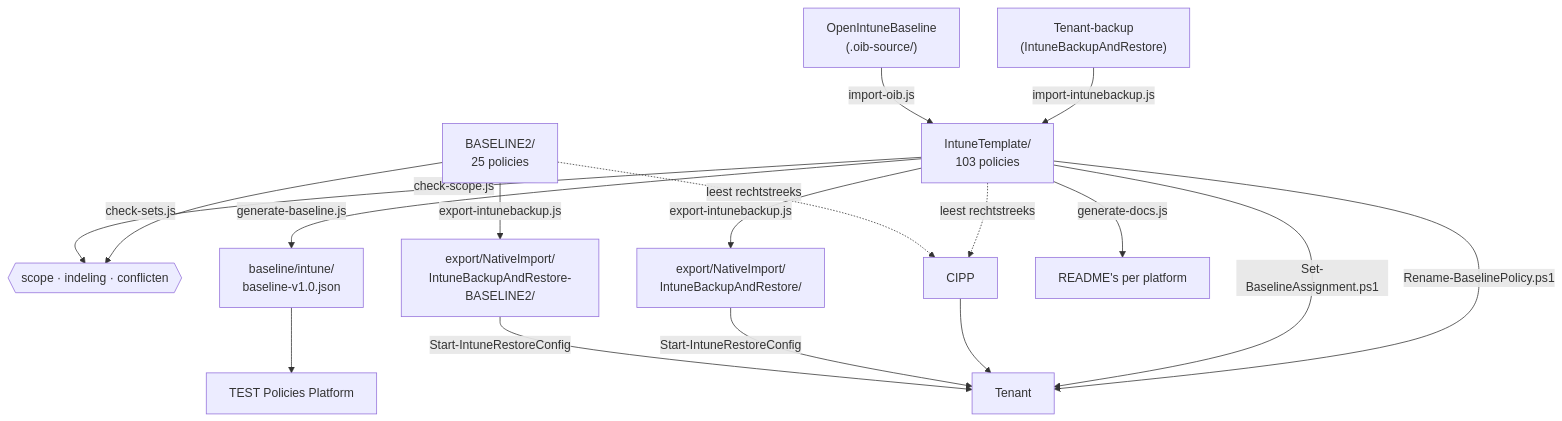
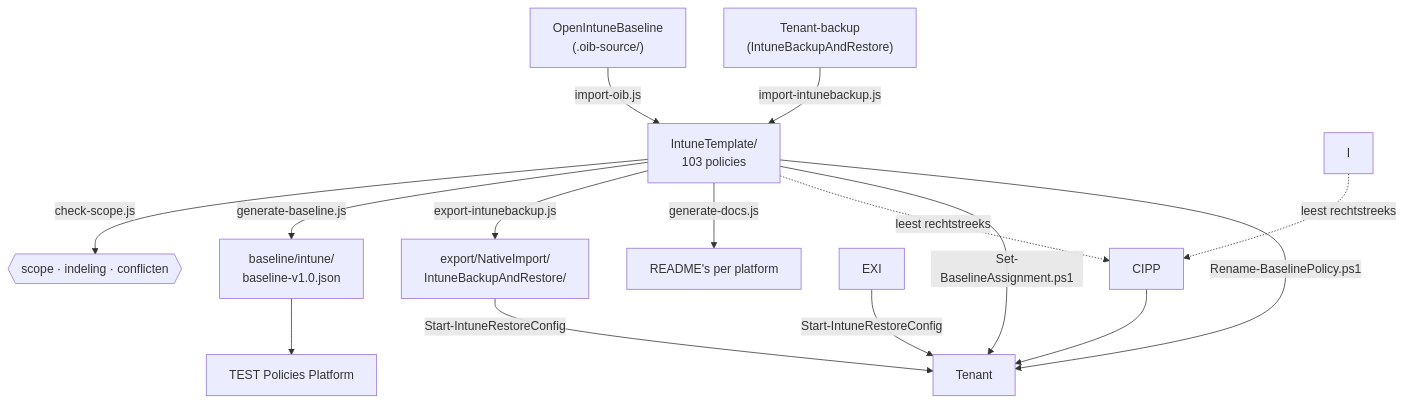
The diagram in scripts/README.md (sjkanon/IntuneBackup), drawn with Mermaid before and after one commit. The commit also changed other lines of this file and 164 other files, not shown here.

First line of the commit message:
Eén baseline: ISMS en BASELINE2 opgegaan in IntuneTemplate/, met fases

````diff
--- a/scripts/README.md
+++ b/scripts/README.md
@@ -7,20 +7,18 @@
 ```mermaid
 flowchart TD
   OIB["OpenIntuneBaseline<br/>(.oib-source/)"] -->|import-oib.js| T
   TEN["Tenant-backup<br/>(IntuneBackupAndRestore)"] -->|import-intunebackup.js| T
   T["IntuneTemplate/<br/>103 policies"]
   T -->|check-scope.js| CHK{{"scope · indeling · conflicten"}}
   T -->|generate-baseline.js| BL["baseline/intune/<br/>baseline-v1.0.json"]
   T -->|export-intunebackup.js| EX["export/NativeImport/<br/>IntuneBackupAndRestore/"]
-  I["BASELINE2/<br/>25 policies"] -->|check-sets.js| CHK
-  I -->|export-intunebackup.js| EXI["export/NativeImport/<br/>IntuneBackupAndRestore-BASELINE2/"]
   I -.->|leest rechtstreeks| CIPP
   EXI -->|Start-IntuneRestoreConfig| TENANT
   T -->|generate-docs.js| DOC["README's per platform"]
   T -.->|leest rechtstreeks| CIPP["CIPP"]
   BL --> PLAT["TEST Policies Platform"]
   EX -->|Start-IntuneRestoreConfig| TENANT["Tenant"]
   CIPP --> TENANT
   T -->|Set-BaselineAssignment.ps1| TENANT
   T -->|Rename-BaselinePolicy.ps1| TENANT
 ```
````
